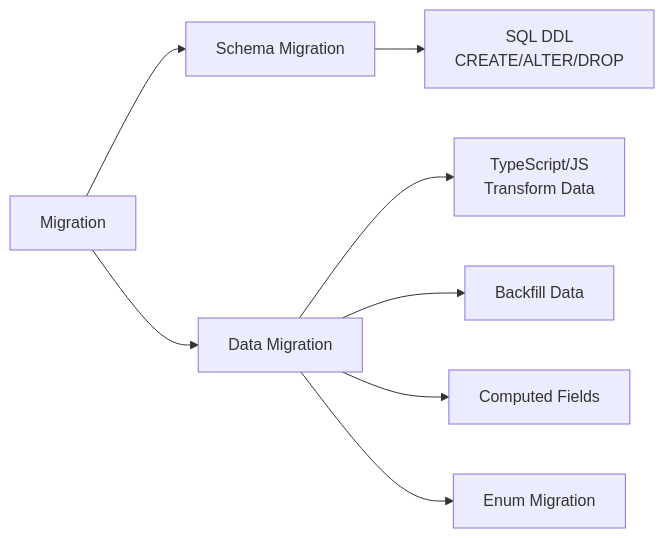
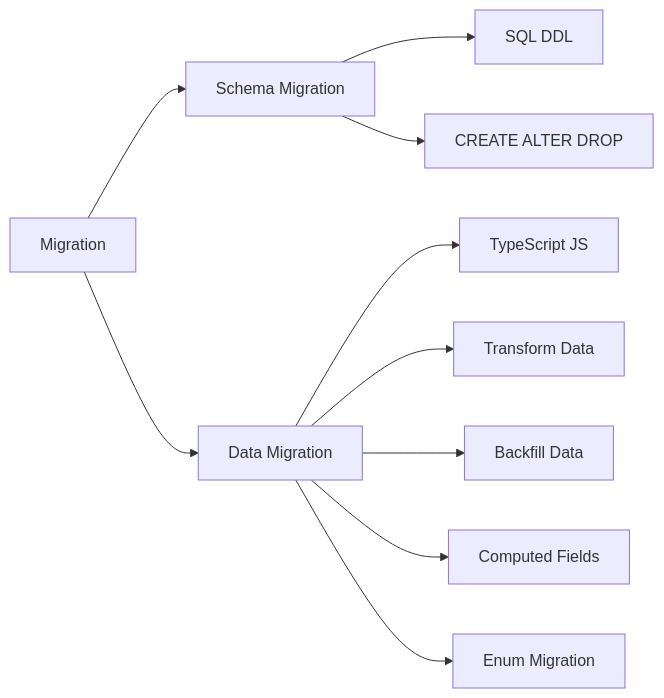
Before and after one commit to eftech93/prisma-shift: the third of 3 diagrams in docs/README.md, drawn with Mermaid. The commit also changed other lines of this file and 5 other files, not shown here.

````diff
--- a/docs/README.md
+++ b/docs/README.md
@@ -134,14 +148,14 @@
 ```mermaid
 flowchart LR
     A[Migration] --> B[Schema Migration]
     A --> C[Data Migration]
     
-    B --> D[SQL DDL
-    CREATE/ALTER/DROP]
+    B --> D[SQL DDL]
+    B --> E[CREATE ALTER DROP]
     
-    C --> E[TypeScript/JS
-    Transform Data]
-    C --> F[Backfill Data]
-    C --> G[Computed Fields]
-    C --> H[Enum Migration]
+    C --> F[TypeScript JS]
+    C --> G[Transform Data]
+    C --> H[Backfill Data]
+    C --> I[Computed Fields]
+    C --> J[Enum Migration]
 ```
````
